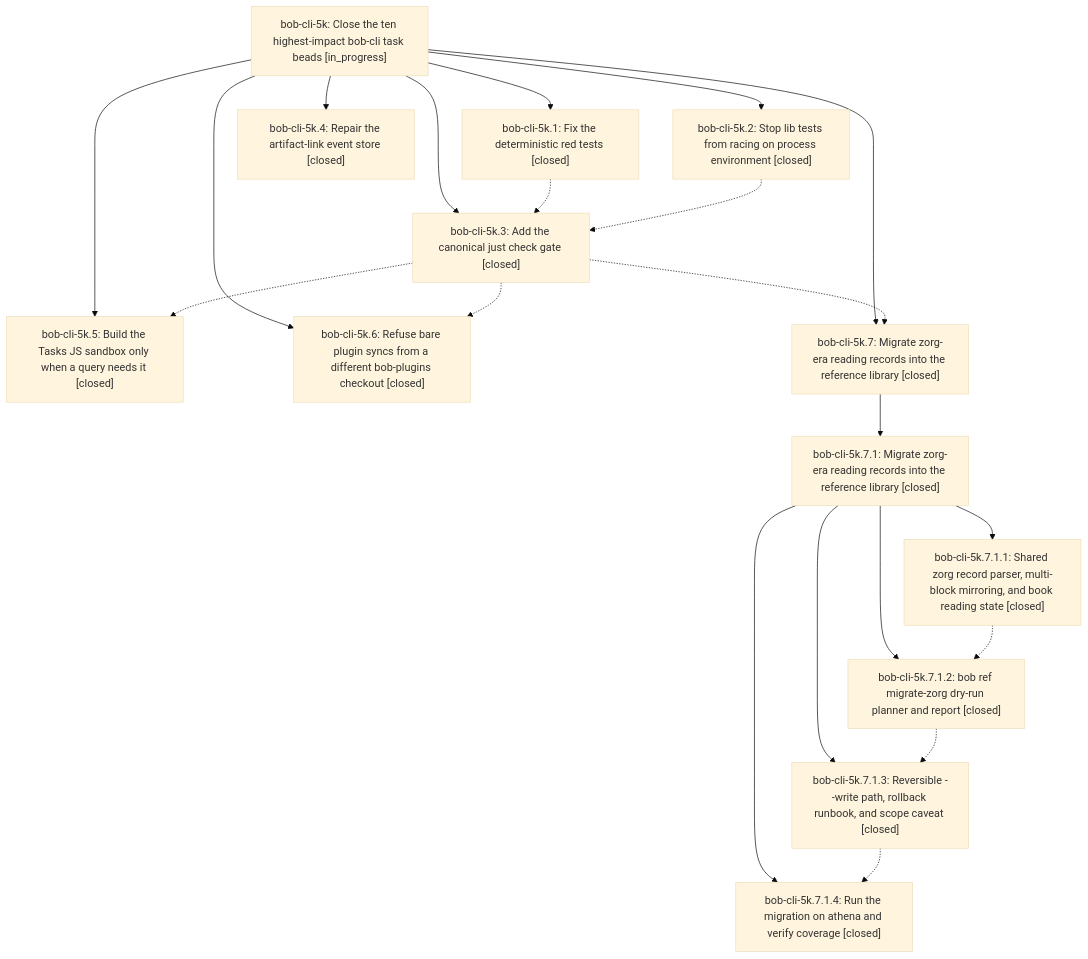
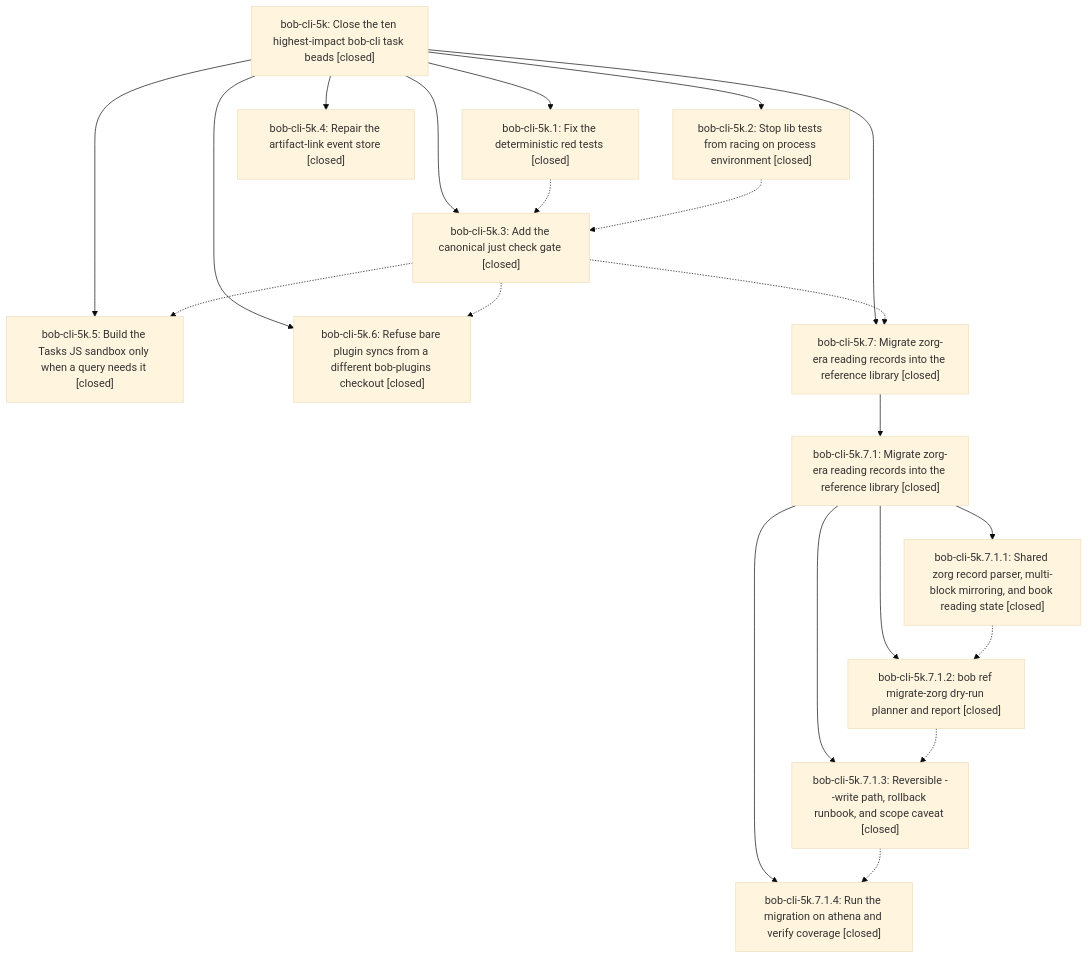
The diagram in pages/bob-cli-5k/README.md (bobs-org/bob-cli--beads), drawn with Mermaid (base theme) before and after one commit. The commit also changed other lines of this file and 8 other files, not shown here.

First line of the commit message:
chore(beads): sync bead state and pages for bob-cli-5k

````diff
--- a/pages/bob-cli-5k/README.md
+++ b/pages/bob-cli-5k/README.md
@@ -44,36 +77,36 @@
 ```mermaid
 flowchart TD
-    n0["bob-cli-5k: Close the ten highest-impact bob-cli task beads [in_progress]"]
+    n0["bob-cli-5k: Close the ten highest-impact bob-cli task beads [closed]"]
     n1["bob-cli-5k.1: Fix the deterministic red tests [closed]"]
     n2["bob-cli-5k.2: Stop lib tests from racing on process environment [closed]"]
     n3["bob-cli-5k.3: Add the canonical just check gate [closed]"]
     n4["bob-cli-5k.4: Repair the artifact-link event store [closed]"]
     n5["bob-cli-5k.5: Build the Tasks JS sandbox only when a query needs it [closed]"]
     n6["bob-cli-5k.6: Refuse bare plugin syncs from a different bob-plugins checkout [closed]"]
     n7["bob-cli-5k.7: Migrate zorg-era reading records into the reference library [closed]"]
     n8["bob-cli-5k.7.1: Migrate zorg-era reading records into the reference library [closed]"]
     n9["bob-cli-5k.7.1.1: Shared zorg record parser, multi-block mirroring, and book reading state [closed]"]
     n10["bob-cli-5k.7.1.2: bob ref migrate-zorg dry-run planner and report [closed]"]
     n11["bob-cli-5k.7.1.3: Reversible --write path, rollback runbook, and scope caveat [closed]"]
     n12["bob-cli-5k.7.1.4: Run the migration on athena and verify coverage [closed]"]
     n0 --> n1
     n0 --> n2
     n0 --> n3
     n0 --> n4
     n0 --> n5
     n0 --> n6
     n0 --> n7
     n7 --> n8
     n8 --> n9
     n8 --> n10
     n8 --> n11
     n8 --> n12
     n1 -.-> n3
     n2 -.-> n3
     n3 -.-> n5
     n3 -.-> n6
     n3 -.-> n7
     n9 -.-> n10
     n10 -.-> n11
     n11 -.-> n12
 ```
````
